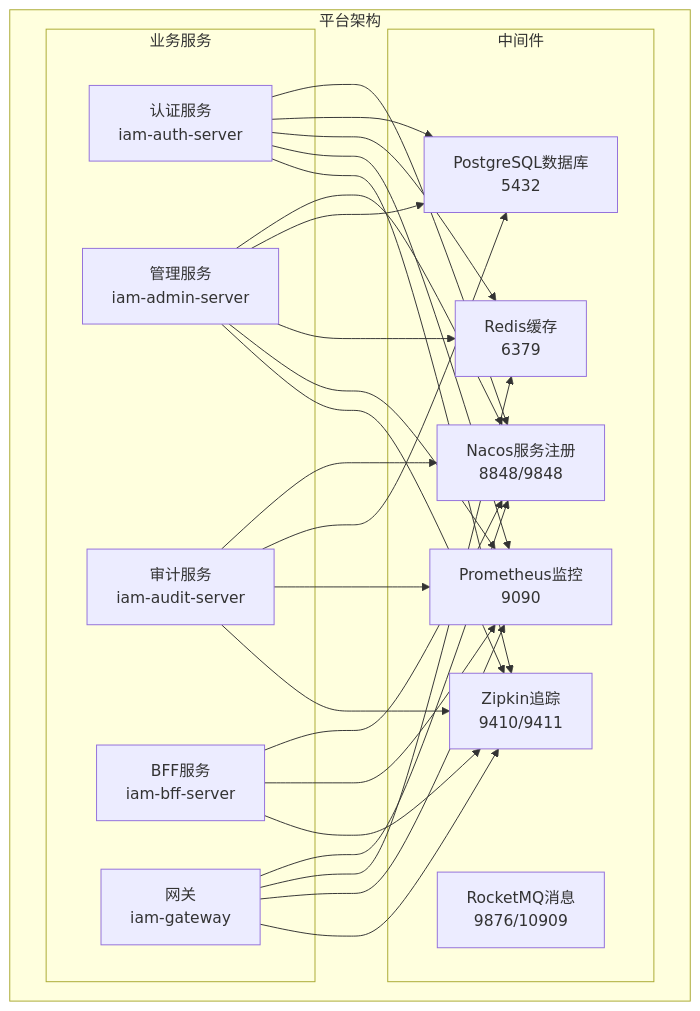
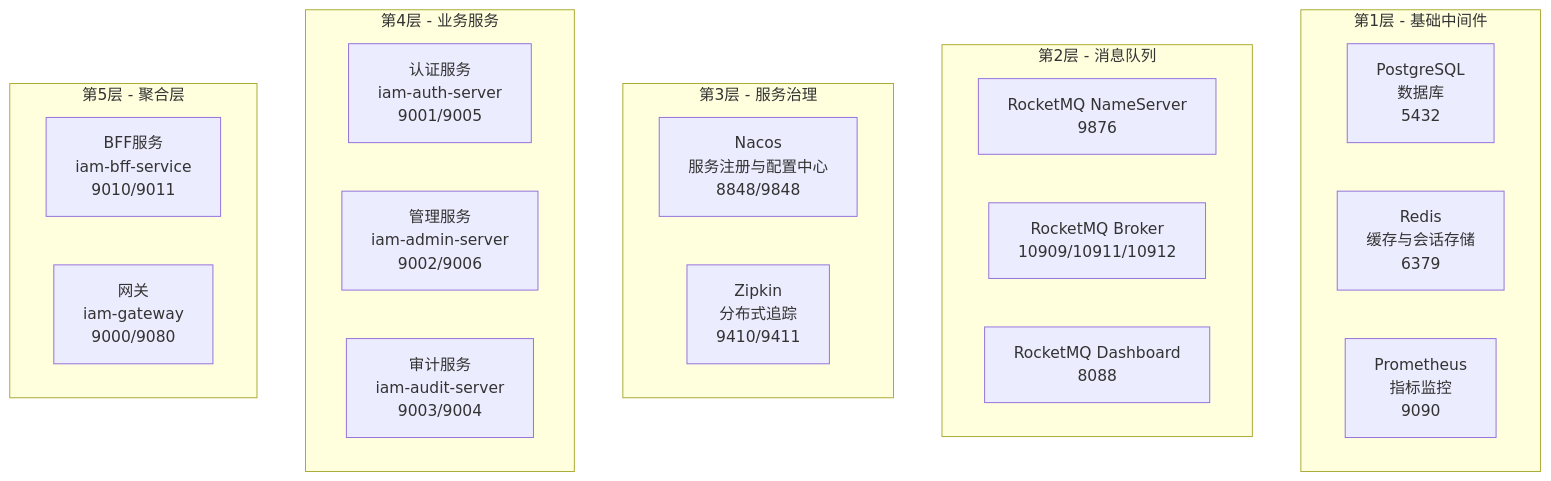
One commit to fq0121104930716/iam-platform changed the first of 7 diagrams in .qoder/repowiki/zh/content/开发指南/开发环境搭建/中间件环境配置指南.md. Above: the diagram before and after it, drawn with Mermaid. The commit also changed other lines of this file and 6 other files, not shown here.

````diff
--- a/.qoder/repowiki/zh/content/开发指南/开发环境搭建/中间件环境配置指南.md
+++ b/.qoder/repowiki/zh/content/开发指南/开发环境搭建/中间件环境配置指南.md
@@ -43,41 +47,26 @@
 ```mermaid
 graph TB
-subgraph "平台架构"
-subgraph "业务服务"
-AUTH[认证服务<br/>iam-auth-server]
-ADMIN[管理服务<br/>iam-admin-server]
-AUDIT[审计服务<br/>iam-audit-server]
-BFF[BFF服务<br/>iam-bff-server]
-GATEWAY[网关<br/>iam-gateway]
+subgraph "第1层 - 基础中间件"
+POSTGRES[PostgreSQL<br/>数据库<br/>5432]
+REDIS[Redis<br/>缓存与会话存储<br/>6379]
+PROM[Prometheus<br/>指标监控<br/>9090]
 end
-subgraph "中间件"
-NACOS[Nacos服务注册<br/>8848/9848]
-POSTGRES[PostgreSQL数据库<br/>5432]
-REDIS[Redis缓存<br/>6379]
-PROM[Prometheus监控<br/>9090]
-ZIPKIN[Zipkin追踪<br/>9410/9411]
-ROCKETMQ[RocketMQ消息<br/>9876/10909]
+subgraph "第2层 - 消息队列"
+NAMESRV[RocketMQ NameServer<br/>9876]
+BROKER[RocketMQ Broker<br/>10909/10911/10912]
+DASHBOARD[RocketMQ Dashboard<br/>8088]
 end
+subgraph "第3层 - 服务治理"
+NACOS[Nacos<br/>服务注册与配置中心<br/>8848/9848]
+ZIPKIN[Zipkin<br/>分布式追踪<br/>9410/9411]
 end
-AUTH --> NACOS
-ADMIN --> NACOS
-AUDIT --> NACOS
-BFF --> NACOS
-GATEWAY --> NACOS
-AUTH --> POSTGRES
-ADMIN --> POSTGRES
-AUDIT --> POSTGRES
-AUTH --> REDIS
-ADMIN --> REDIS
-GATEWAY --> REDIS
-AUTH --> PROM
-ADMIN --> PROM
-AUDIT --> PROM
-BFF --> PROM
-GATEWAY --> PROM
-AUTH --> ZIPKIN
-ADMIN --> ZIPKIN
-AUDIT --> ZIPKIN
-BFF --> ZIPKIN
-GATEWAY --> ZIPKIN
+subgraph "第4层 - 业务服务"
+AUTH[认证服务<br/>iam-auth-server<br/>9001/9005]
+ADMIN[管理服务<br/>iam-admin-server<br/>9002/9006]
+AUDIT[审计服务<br/>iam-audit-server<br/>9003/9004]
+end
+subgraph "第5层 - 聚合层"
+BFF[BFF服务<br/>iam-bff-service<br/>9010/9011]
+GATEWAY[网关<br/>iam-gateway<br/>9000/9080]
+end
 ```
````
